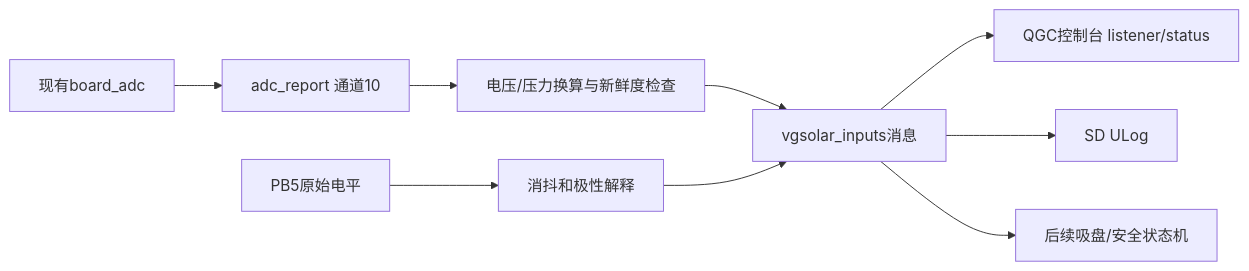
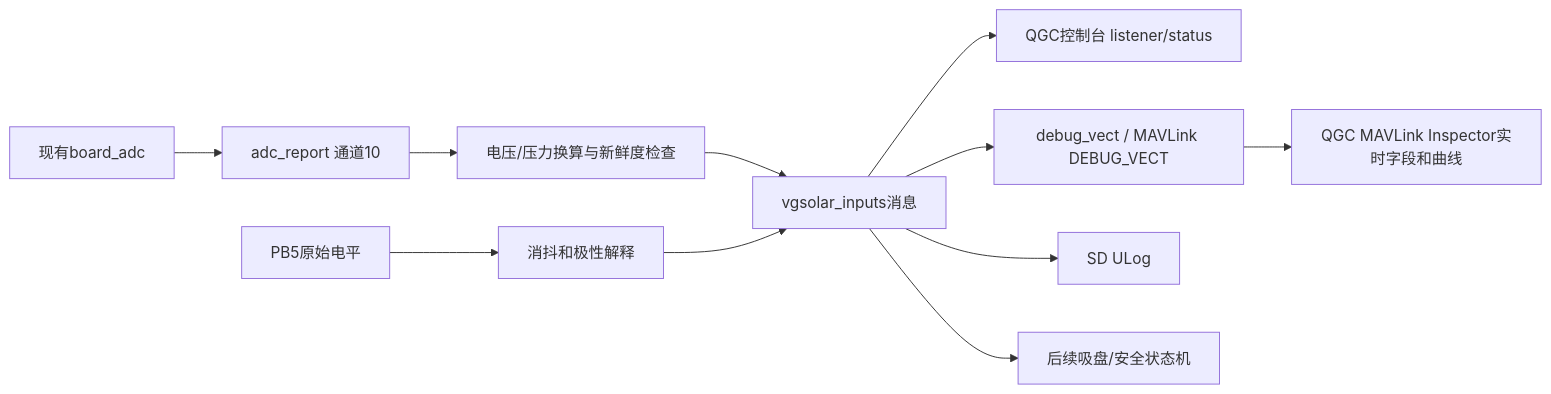
One commit to nihaoyugaxiang/PX4-Autopilot changed the diagram in docs/vgsolar/STEP03_PRESSURE_IR.md. Above: the diagram before and after it, drawn with Mermaid. The commit also changed other lines of this file and 3 other files, not shown here.

````diff
--- a/docs/vgsolar/STEP03_PRESSURE_IR.md
+++ b/docs/vgsolar/STEP03_PRESSURE_IR.md
@@ -33,11 +33,13 @@
 ```mermaid
 flowchart LR
     ADC[现有board_adc] --> A[adc_report 通道10]
     A --> P[电压/压力换算与新鲜度检查]
     GPIO[PB5原始电平] --> I[消抖和极性解释]
     P --> M[vgsolar_inputs消息]
     I --> M
     M --> C[QGC控制台 listener/status]
+    M --> D[debug_vect / MAVLink DEBUG_VECT]
+    D --> Q[QGC MAVLink Inspector实时字段和曲线]
     M --> L[SD ULog]
     M --> F[后续吸盘/安全状态机]
 ```
````
